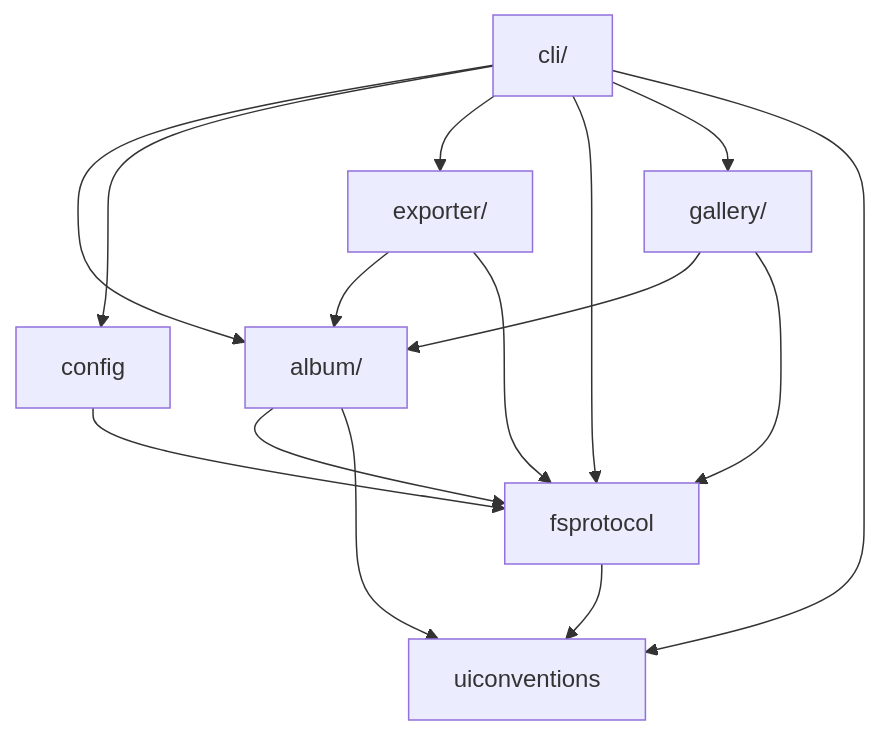
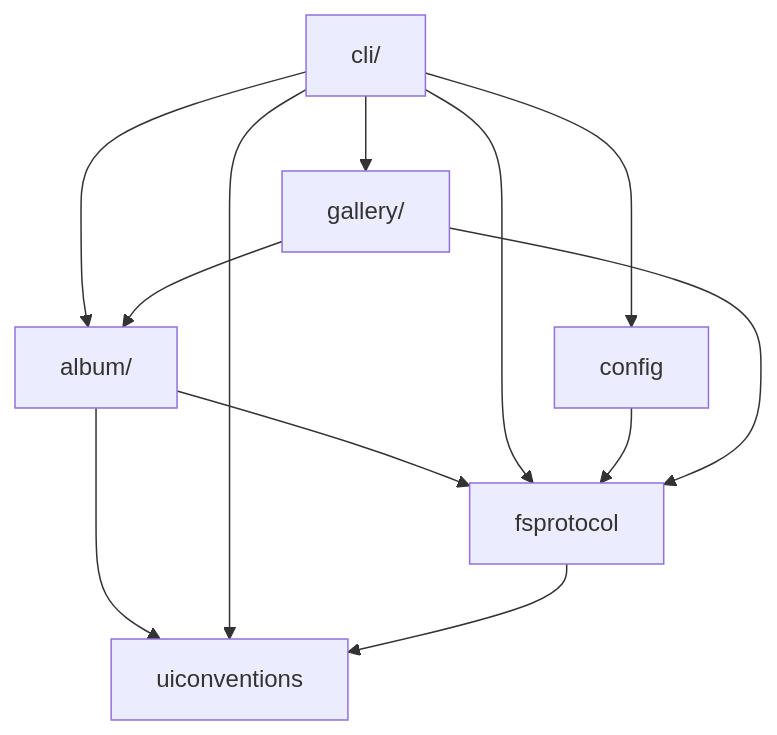
One commit to iglootools/photree changed the diagram in docs/architecture.md. Above: the diagram before and after it, drawn with Mermaid. The commit also changed 16 other files, not shown here.

````diff
--- a/docs/architecture.md
+++ b/docs/architecture.md
@@ -17,25 +17,21 @@
 ```mermaid
 graph TD
     album["album/"]
     cli["cli/"]
     config["config"]
-    exporter["exporter/"]
     fsprotocol["fsprotocol"]
     gallery["gallery/"]
     uiconventions["uiconventions"]
 
     album --> fsprotocol
     album --> uiconventions
     cli --> album
     cli --> config
-    cli --> exporter
     cli --> fsprotocol
     cli --> gallery
     cli --> uiconventions
     config --> fsprotocol
-    exporter --> album
-    exporter --> fsprotocol
     fsprotocol --> uiconventions
     gallery --> album
     gallery --> fsprotocol
 ```
````
